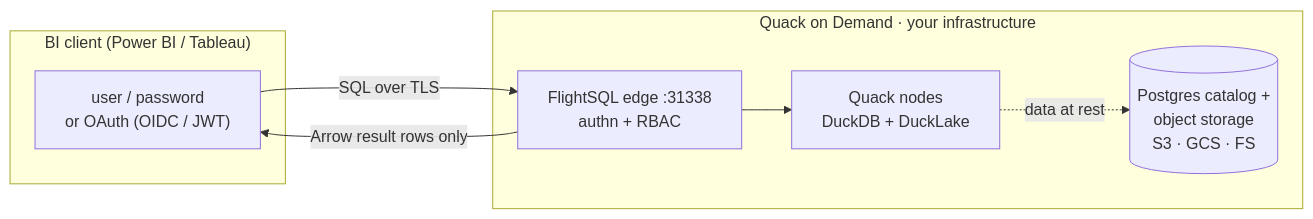
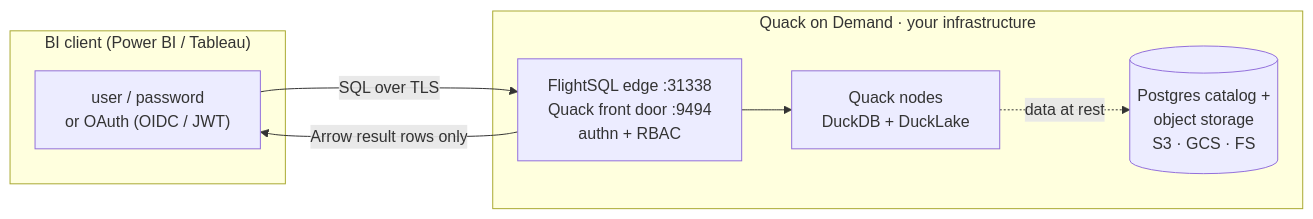
One commit to starlake-ai/quack-on-demand changed the diagram in README.md. Above: the diagram before and after it, drawn with Mermaid. The commit also changed other lines of this file and 43 other files, not shown here.

````diff
--- a/README.md
+++ b/README.md
@@ -220,17 +239,17 @@
 ```mermaid
 flowchart LR
     subgraph client["BI client (Power BI / Tableau)"]
         bi["user / password<br/>or OAuth (OIDC / JWT)"]
     end
 
     subgraph server["Quack on Demand · your infrastructure"]
-        edge["FlightSQL edge :31338<br/>authn + RBAC"]
+        edge["FlightSQL edge :31338<br/>Quack front door :9494<br/>authn + RBAC"]
         node["Quack nodes<br/>DuckDB + DuckLake"]
         store[("Postgres catalog +<br/>object storage<br/>S3 · GCS · FS")]
         edge --> node
         node -. data at rest .-> store
     end
 
     bi -- "SQL over TLS" --> edge
     edge -- "Arrow result rows only" --> bi
 ```
````
